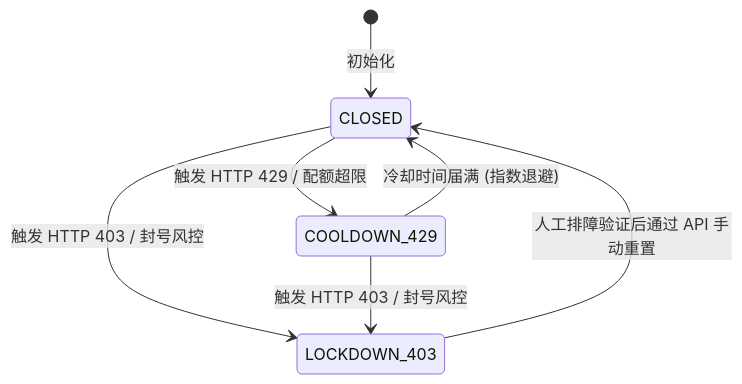
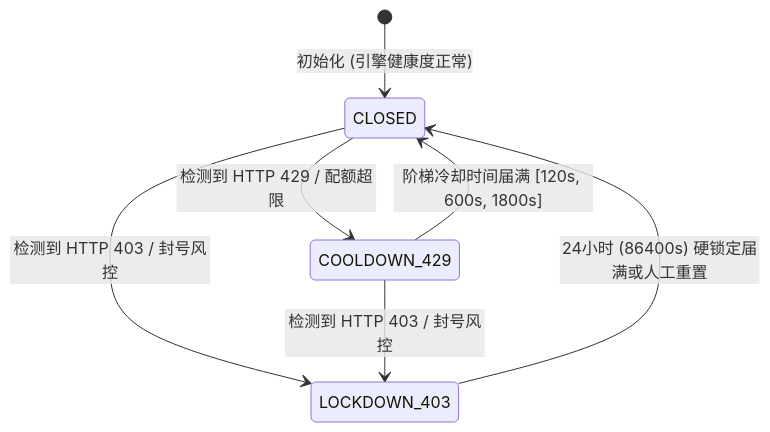
One commit to MartinWZX/agyWechat changed the third of 4 diagrams in docs/ARCHITECTURE.md. Above: the diagram before and after it, drawn with Mermaid. The commit also changed other lines of this file and 7 other files, not shown here.

Commit message:
fix & docs: align code comments, architecture whitepapers and scripts with physical implementation parameters

````diff
--- a/docs/ARCHITECTURE.md
+++ b/docs/ARCHITECTURE.md
@@ -296,9 +220,9 @@
 ```mermaid
 stateDiagram-v2
-    [*] --> CLOSED: 初始化
-    CLOSED --> COOLDOWN_429: 触发 HTTP 429 / 配额超限
-    COOLDOWN_429 --> CLOSED: 冷却时间届满 (指数退避)
-    CLOSED --> LOCKDOWN_403: 触发 HTTP 403 / 封号风控
-    COOLDOWN_429 --> LOCKDOWN_403: 触发 HTTP 403 / 封号风控
-    LOCKDOWN_403 --> CLOSED: 人工排障验证后通过 API 手动重置
+    [*] --> CLOSED: 初始化 (引擎健康度正常)
+    CLOSED --> COOLDOWN_429: 检测到 HTTP 429 / 配额超限
+    COOLDOWN_429 --> CLOSED: 阶梯冷却时间届满 [120s, 600s, 1800s]
+    CLOSED --> LOCKDOWN_403: 检测到 HTTP 403 / 封号风控
+    COOLDOWN_429 --> LOCKDOWN_403: 检测到 HTTP 403 / 封号风控
+    LOCKDOWN_403 --> CLOSED: 24小时 (86400s) 硬锁定届满或人工重置
 ```
````
